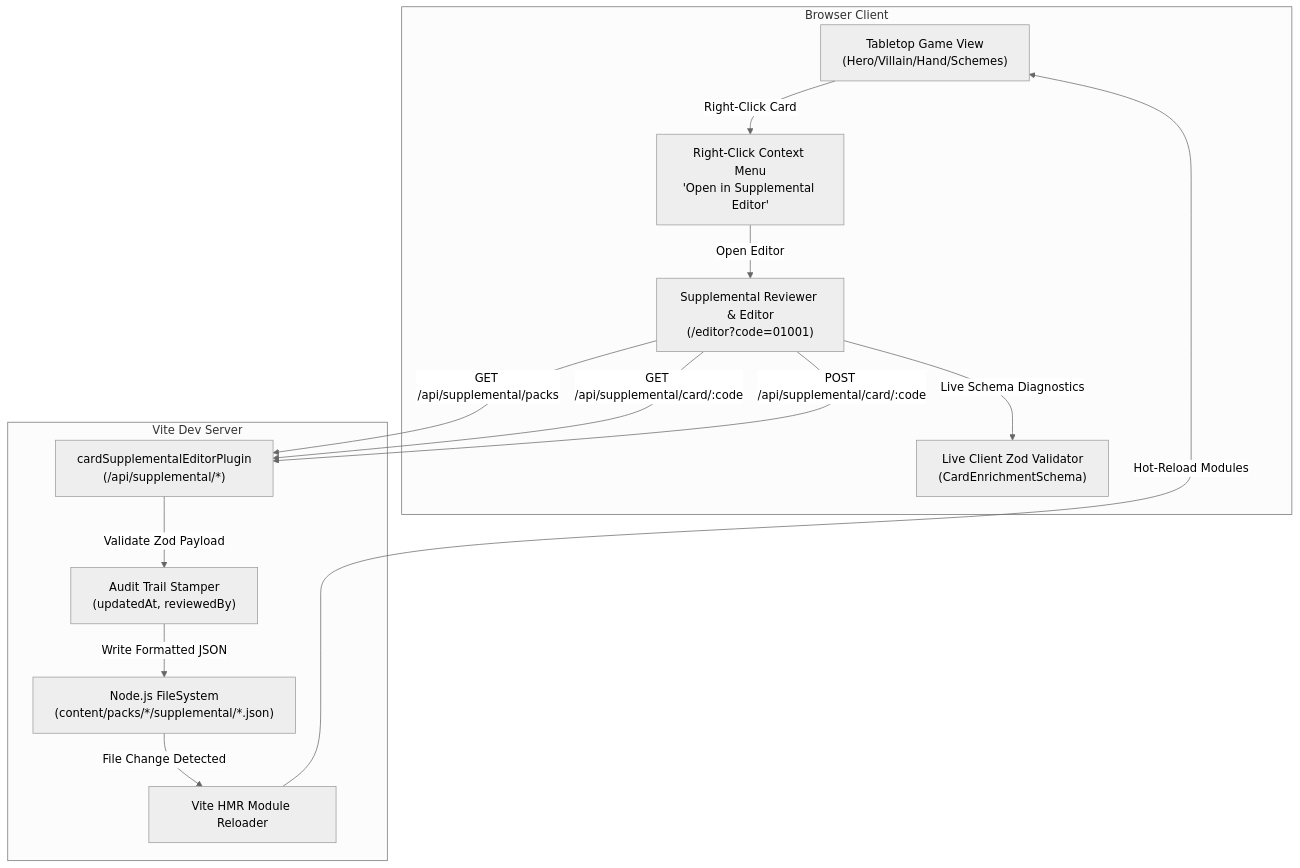
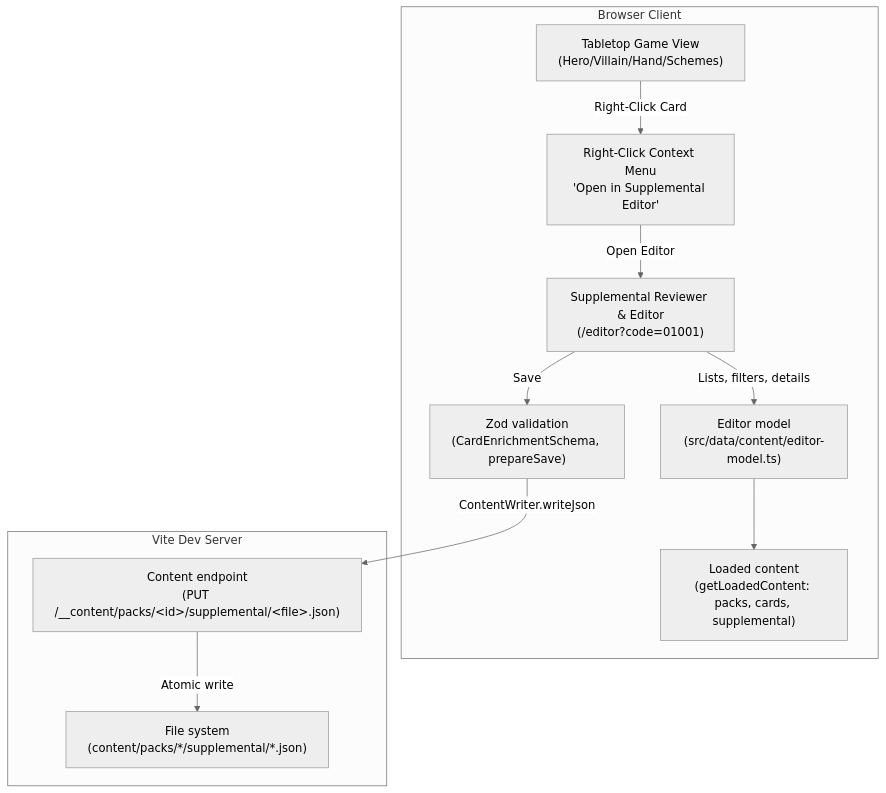
Before and after one commit to SteveRodrigue/MCD: the diagram in docs/specifications/tooling/card_supplemental_editor.md, drawn with Mermaid (neutral theme). The commit also changed other lines of this file and 30 other files, not shown here.

First line of the commit message:
feat(editor): Plan and implement M9 (Card Supplemental Editor on packs) (#554)

````diff
--- a/docs/specifications/tooling/card_supplemental_editor.md
+++ b/docs/specifications/tooling/card_supplemental_editor.md
@@ -27,27 +29,24 @@
 ```mermaid
 graph TD
     subgraph Browser Client
         Game["Tabletop Game View<br/>(Hero/Villain/Hand/Schemes)"]
         ContextMenu["Right-Click Context Menu<br/>'Open in Supplemental Editor'"]
         Editor["Supplemental Reviewer & Editor<br/>(/editor?code=01001)"]
-        ZodValidator["Live Client Zod Validator<br/>(CardEnrichmentSchema)"]
+        Loaded["Loaded content<br/>(getLoadedContent: packs, cards, supplemental)"]
+        Model["Editor model<br/>(src/data/content/editor-model.ts)"]
+        ZodValidator["Zod validation<br/>(CardEnrichmentSchema, prepareSave)"]
     end
 
     subgraph Vite Dev Server
-        ViteMiddleware["cardSupplementalEditorPlugin<br/>(/api/supplemental/*)"]
-        AuditAutoStamper["Audit Trail Stamper<br/>(updatedAt, reviewedBy)"]
-        FS["Node.js FileSystem<br/>(content/packs/*/supplemental/*.json)"]
-        HMR["Vite HMR Module Reloader"]
+        Endpoint["Content endpoint<br/>(PUT /__content/packs/&lt;id&gt;/supplemental/&lt;file&gt;.json)"]
+        FS["File system<br/>(content/packs/*/supplemental/*.json)"]
     end
 
     Game -->|Right-Click Card| ContextMenu
     ContextMenu -->|Open Editor| Editor
-    Editor -->|Live Schema Diagnostics| ZodValidator
-    Editor -->|GET /api/supplemental/packs| ViteMiddleware
-    Editor -->|GET /api/supplemental/card/:code| ViteMiddleware
-    Editor -->|POST /api/supplemental/card/:code| ViteMiddleware
-    ViteMiddleware -->|Validate Zod Payload| AuditAutoStamper
-    AuditAutoStamper -->|Write Formatted JSON| FS
-    FS -->|File Change Detected| HMR
-    HMR -->|Hot-Reload Modules| Game
+    Editor -->|Lists, filters, details| Model
+    Model --> Loaded
+    Editor -->|Save| ZodValidator
+    ZodValidator -->|ContentWriter.writeJson| Endpoint
+    Endpoint -->|Atomic write| FS
 ```
````
